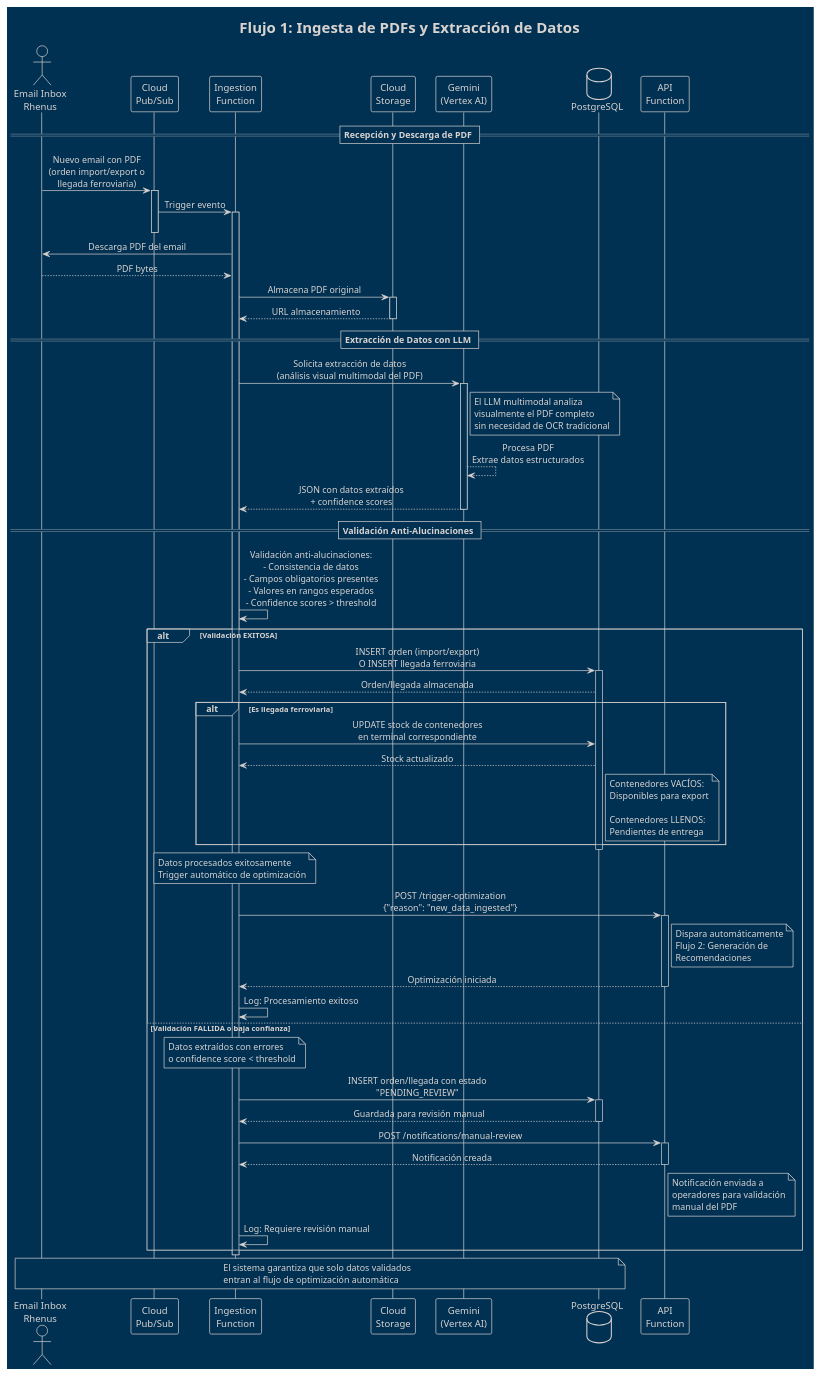
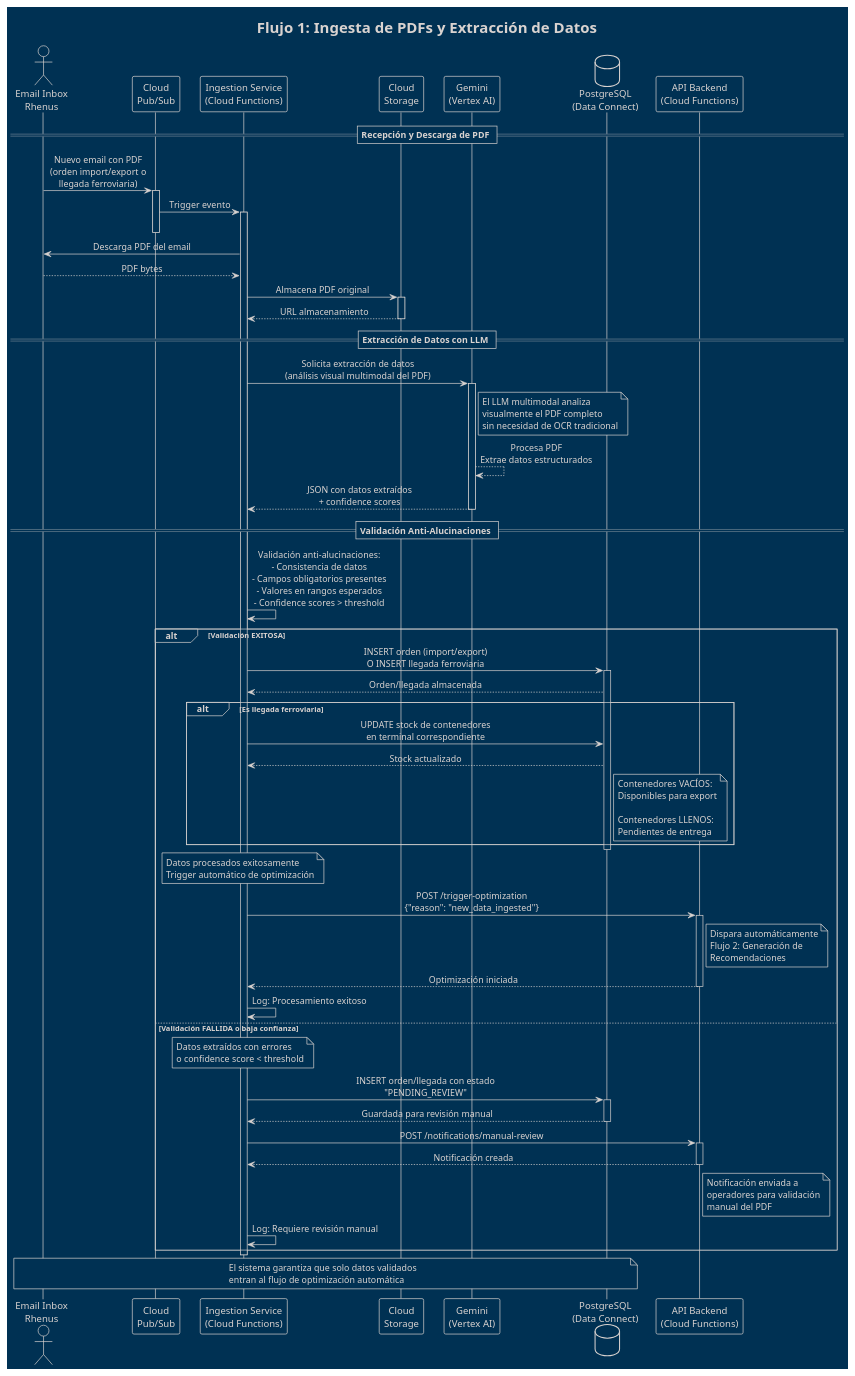
One commit to jatarifa/rhenus-logistic-offer changed the diagram in diagrams/sequence-ingestion-flow.puml. Above: the diagram before and after it, drawn with PlantUML. The commit also changed 8 other files, not shown here.

Commit message:
Refine technical offer details: enhance component descriptions, clarify data flow, and improve overall structure for better understanding.

```diff
--- a/diagrams/sequence-ingestion-flow.puml
+++ b/diagrams/sequence-ingestion-flow.puml
@@ -1,121 +1,121 @@
 @startuml sequence-ingestion-flow
 !theme blueprint
 skinparam responseMessageBelowArrow true
 skinparam sequenceMessageAlign center
 
 title Flujo 1: Ingesta de PDFs y Extracción de Datos
 
 actor "Email Inbox\nRhenus" as Inbox
 participant "Cloud\nPub/Sub" as PubSub
-participant "Ingestion\nFunction" as Ingestion
+participant "Ingestion Service\n(Cloud Functions)" as Ingestion
 participant "Cloud\nStorage" as Storage
 participant "Gemini\n(Vertex AI)" as Gemini
-database "PostgreSQL" as DB
-participant "API\nFunction" as API
+database "PostgreSQL\n(Data Connect)" as DB
+participant "API Backend\n(Cloud Functions)" as API
 
 == Recepción y Descarga de PDF ==
 
 Inbox -> PubSub: Nuevo email con PDF\n(orden import/export o\nllegada ferroviaria)
 activate PubSub
 PubSub -> Ingestion: Trigger evento
 activate Ingestion
 deactivate PubSub
 
 Ingestion -> Inbox: Descarga PDF del email
 Inbox --> Ingestion: PDF bytes
 
 Ingestion -> Storage: Almacena PDF original
 activate Storage
 Storage --> Ingestion: URL almacenamiento
 deactivate Storage
 
 == Extracción de Datos con LLM ==
 
 Ingestion -> Gemini: Solicita extracción de datos\n(análisis visual multimodal del PDF)
 activate Gemini
 note right of Gemini
   El LLM multimodal analiza
   visualmente el PDF completo
   sin necesidad de OCR tradicional
 end note
 
 Gemini --> Gemini: Procesa PDF\nExtrae datos estructurados
 
 Gemini --> Ingestion: JSON con datos extraídos\n+ confidence scores
 deactivate Gemini
 
 == Validación Anti-Alucinaciones ==
 
 Ingestion -> Ingestion: Validación anti-alucinaciones:\n- Consistencia de datos\n- Campos obligatorios presentes\n- Valores en rangos esperados\n- Confidence scores > threshold
 
 alt Validación EXITOSA
 
     Ingestion -> DB: INSERT orden (import/export)\nO INSERT llegada ferroviaria
     activate DB
     DB --> Ingestion: Orden/llegada almacenada
 
     alt Es llegada ferroviaria
         Ingestion -> DB: UPDATE stock de contenedores\nen terminal correspondiente
         DB --> Ingestion: Stock actualizado
         note right of DB
           Contenedores VACÍOS:
           Disponibles para export
 
           Contenedores LLENOS:
           Pendientes de entrega
         end note
     end
     deactivate DB
 
     note over Ingestion
       Datos procesados exitosamente
       Trigger automático de optimización
     end note
 
     Ingestion -> API: POST /trigger-optimization\n{"reason": "new_data_ingested"}
     activate API
     note right of API
       Dispara automáticamente
       Flujo 2: Generación de
       Recomendaciones
     end note
     API --> Ingestion: Optimización iniciada
     deactivate API
 
     Ingestion -> Ingestion: Log: Procesamiento exitoso
 
 else Validación FALLIDA o baja confianza
 
     note over Ingestion
       Datos extraídos con errores
       o confidence score < threshold
     end note
 
     Ingestion -> DB: INSERT orden/llegada con estado\n"PENDING_REVIEW"
     activate DB
     DB --> Ingestion: Guardada para revisión manual
     deactivate DB
 
     Ingestion -> API: POST /notifications/manual-review
     activate API
     API --> Ingestion: Notificación creada
     deactivate API
 
     note right of API
       Notificación enviada a
       operadores para validación
       manual del PDF
     end note
 
     Ingestion -> Ingestion: Log: Requiere revisión manual
 
 end
 
 deactivate Ingestion
 
 note over Inbox, DB
   El sistema garantiza que solo datos validados
   entran al flujo de optimización automática
 end note
 
 @enduml
```
